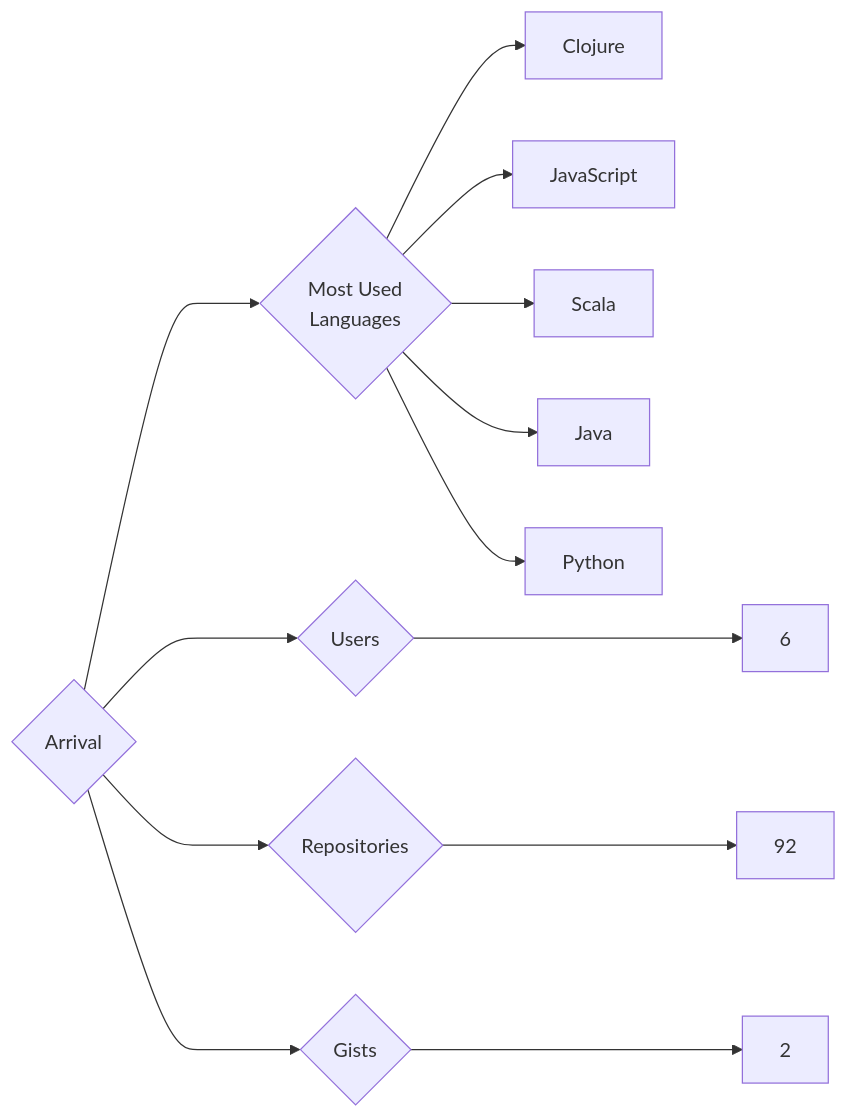
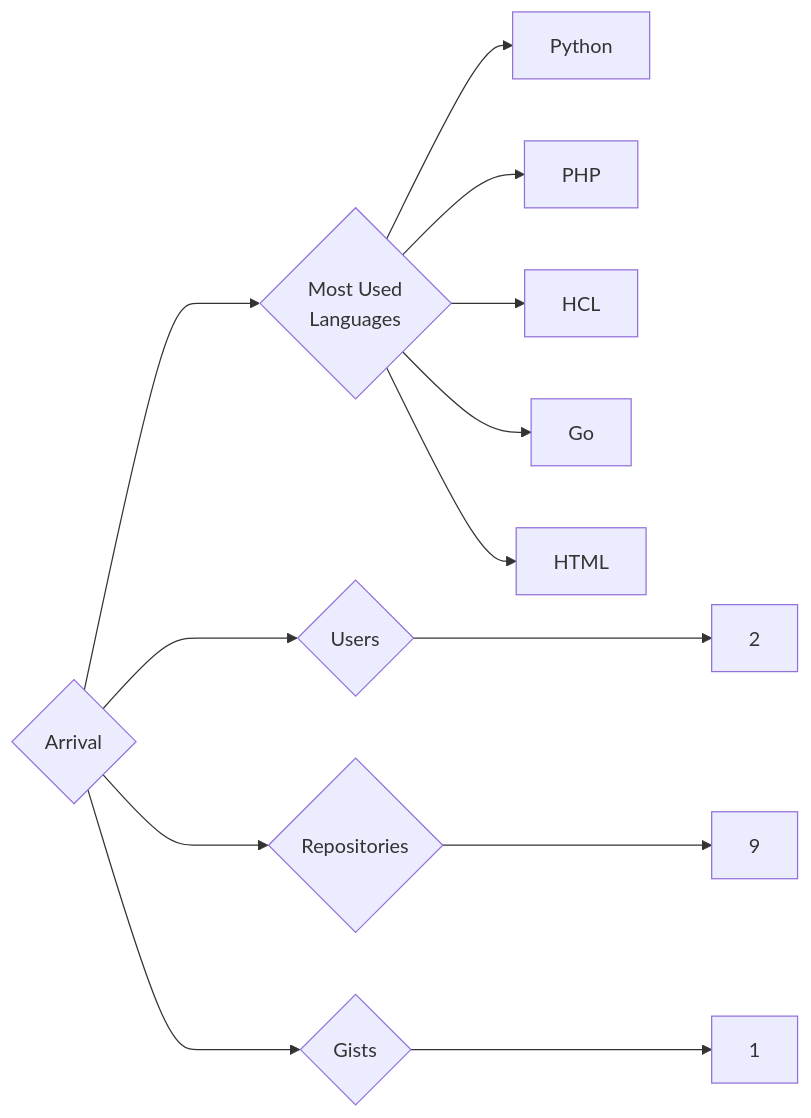
Before and after one commit to trickest/insiders: the diagram in targets/Arrival/README.md, drawn with Mermaid. The commit also changed 948 other files, not shown here.

````diff
--- a/targets/Arrival/README.md
+++ b/targets/Arrival/README.md
@@ -3,13 +3,13 @@
 ```mermaid
 graph LR
 COMPANY_NAME{Arrival}
-COMPANY_NAME ---> U{Users} ---> UN[6]
-COMPANY_NAME ---> R{Repositories} ---> RN[92]
-COMPANY_NAME ---> G{Gists} ---> GN[2]
+COMPANY_NAME ---> U{Users} ---> UN[2]
+COMPANY_NAME ---> R{Repositories} ---> RN[9]
+COMPANY_NAME ---> G{Gists} ---> GN[1]
 COMPANY_NAME ---> ML{Most Used<br>Languages}
-ML --> Clojure[Clojure]
-ML --> JavaScript[JavaScript]
-ML --> Scala[Scala]
-ML --> Java[Java]
 ML --> Python[Python]
+ML --> PHP[PHP]
+ML --> HCL[HCL]
+ML --> Go[Go]
+ML --> HTML[HTML]
 ```
````
